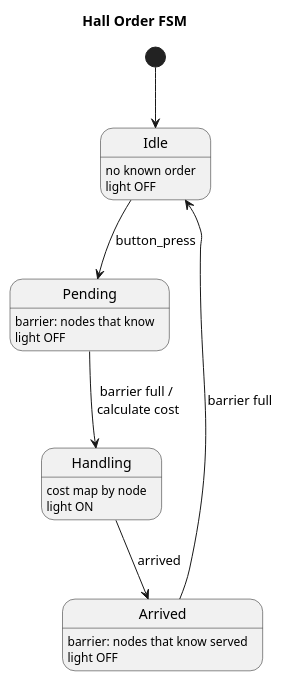
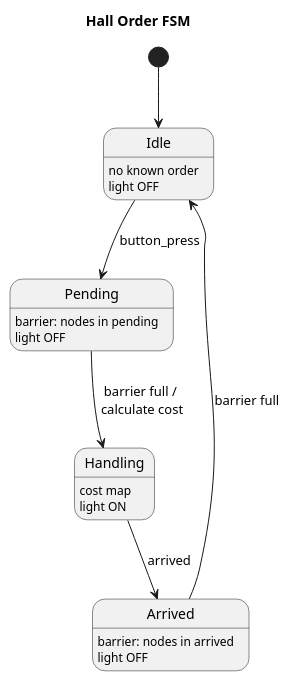
One commit to DxMarch/elevator changed the diagram in docs/diagrams/hall_order_fsm.puml. Above: the diagram before and after it, drawn with PlantUML. The commit also changed 1 other file, not shown here.

Commit message:
docs: updated diagrams

```diff
--- a/docs/diagrams/hall_order_fsm.puml
+++ b/docs/diagrams/hall_order_fsm.puml
@@ -1,24 +1,17 @@
 @startuml HallOrderFSM
 title Hall Order FSM
 
 [*] --> Idle
 Idle --> Pending : button_press
 Pending --> Handling : barrier full /\n calculate cost
 Handling --> Arrived : arrived
 Arrived --> Idle : barrier full
 
 state Idle : no known order\nlight OFF
-state Pending : barrier: nodes that know\nlight OFF
-state Handling : cost map by node\nlight ON
-state Arrived : barrier: nodes that know served\nlight OFF
+state Pending : barrier: nodes in pending\nlight OFF
+state Handling : cost map\nlight ON
+state Arrived : barrier: nodes in arrived\nlight OFF
 
-' note as n1
-' receive_external merge rules:
-' - resolve by cyclic precedence
-' - pending/arrived: union barrier sets
-' - handling: merge cost map (min per node)
-' - ensure self in barrier/cost map
-' - barrier-full check may advance state
-' end note
+' receive_external needs to be described in some additionl text
 
 @enduml
```
